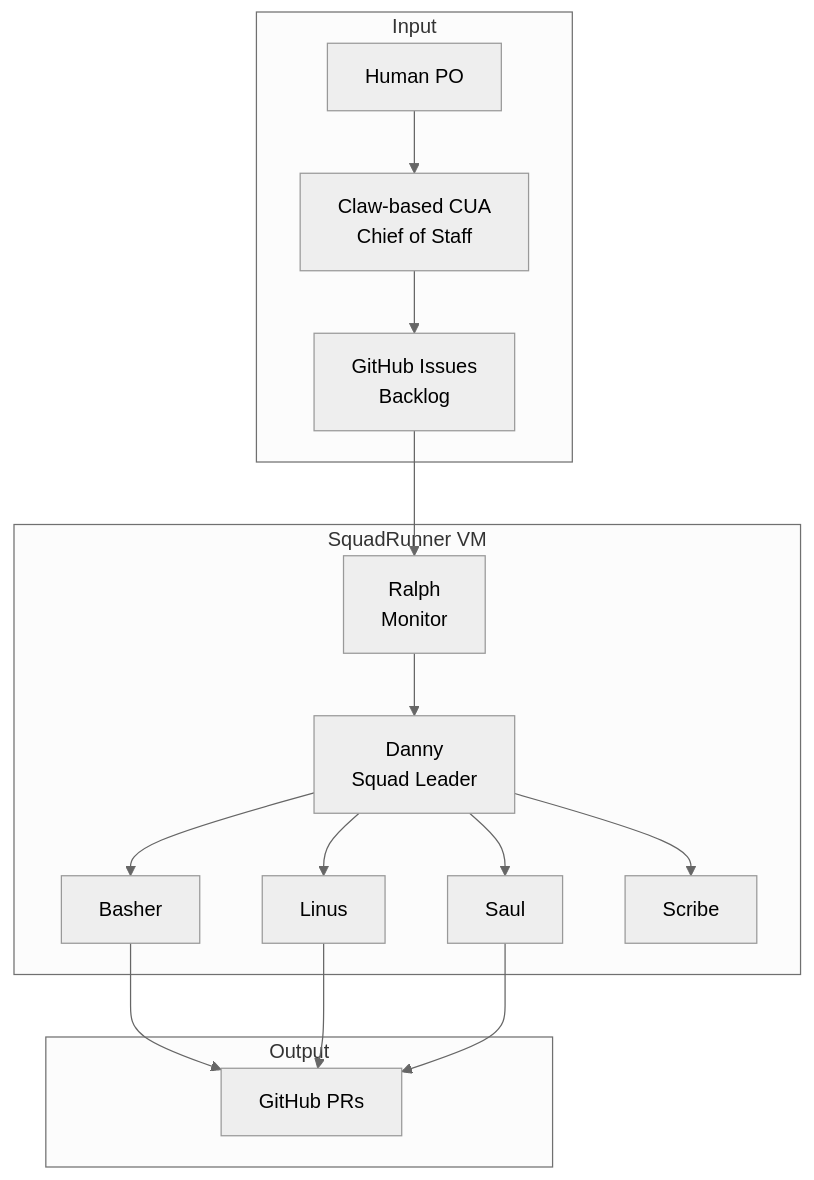
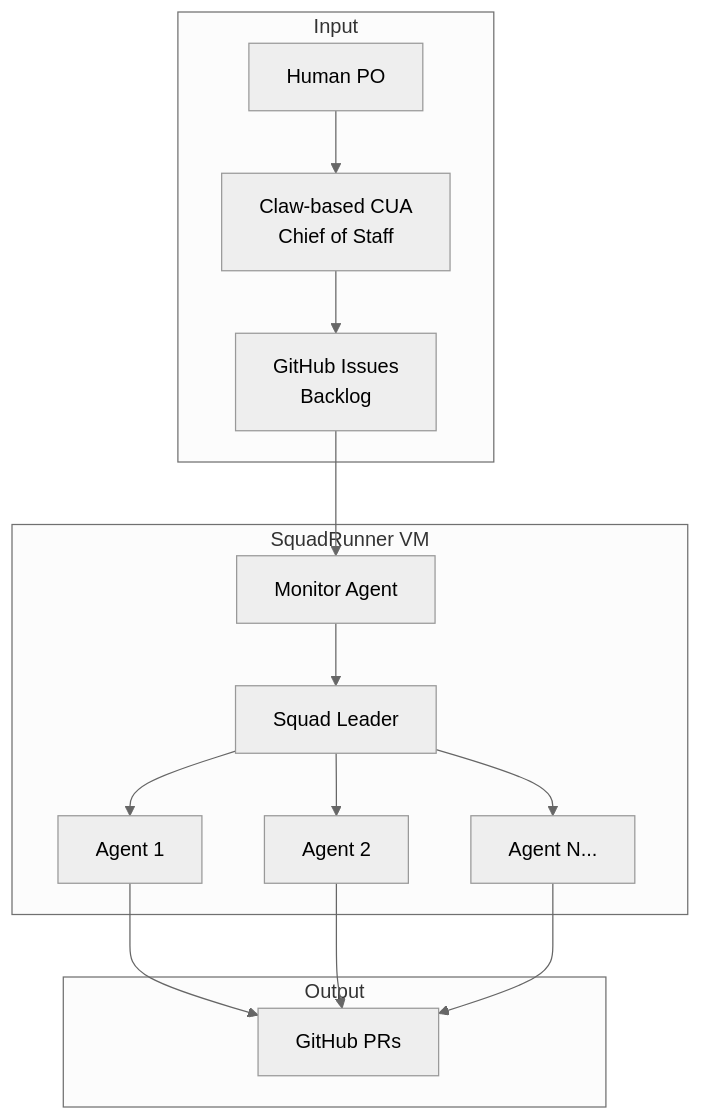
One commit to TheeUnderdog/SquadRunner changed the diagram in README.md. Above: the diagram before and after it, drawn with Mermaid (neutral theme). The commit also changed other lines of this file, not shown here.

Commit message:
Make README project-agnostic - no specific agent names

````diff
--- a/README.md
+++ b/README.md
@@ -19,22 +19,21 @@
 ```mermaid
 flowchart TD
     subgraph Input
         H[Human PO] --> CUA[Claw-based CUA<br/>Chief of Staff]
         CUA --> GH[GitHub Issues<br/>Backlog]
     end
     
     subgraph SquadRunner VM
-        GH --> R[Ralph<br/>Monitor]
-        R --> D[Danny<br/>Squad Leader]
-        D --> B[Basher]
-        D --> L[Linus]
-        D --> S[Saul]
-        D --> SC[Scribe]
+        GH --> M[Monitor Agent]
+        M --> SL[Squad Leader]
+        SL --> A1[Agent 1]
+        SL --> A2[Agent 2]
+        SL --> A3[Agent N...]
     end
     
     subgraph Output
-        B --> PR[GitHub PRs]
-        L --> PR
-        S --> PR
+        A1 --> PR[GitHub PRs]
+        A2 --> PR
+        A3 --> PR
     end
 ```
````
